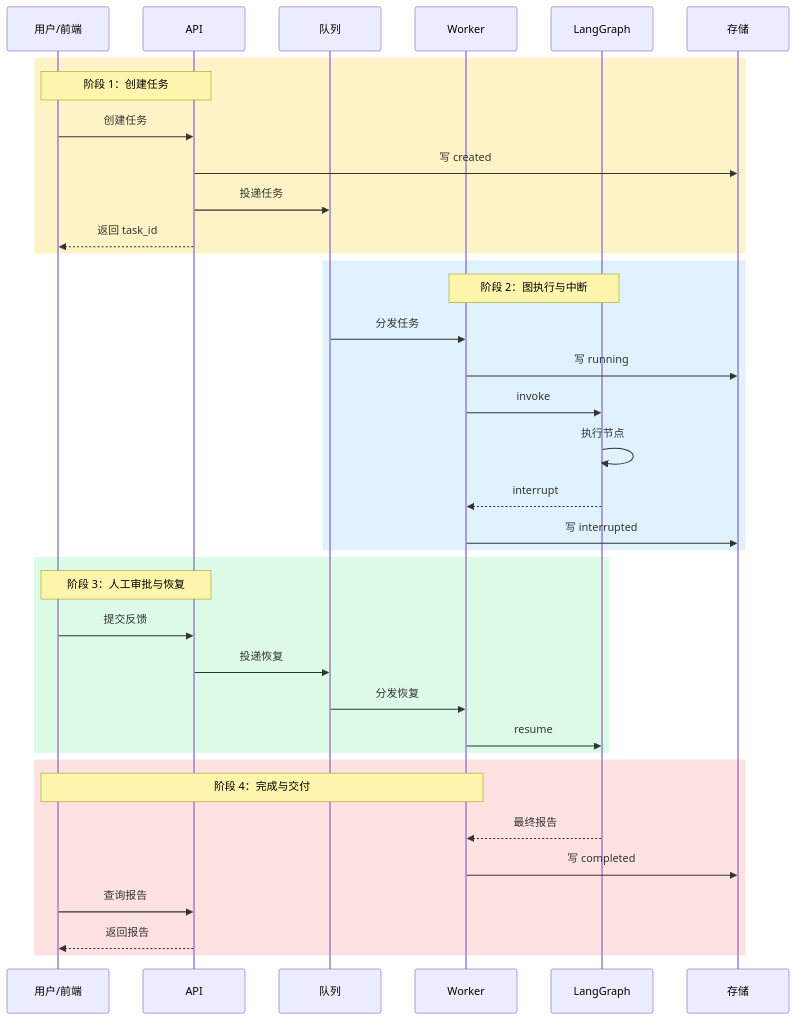
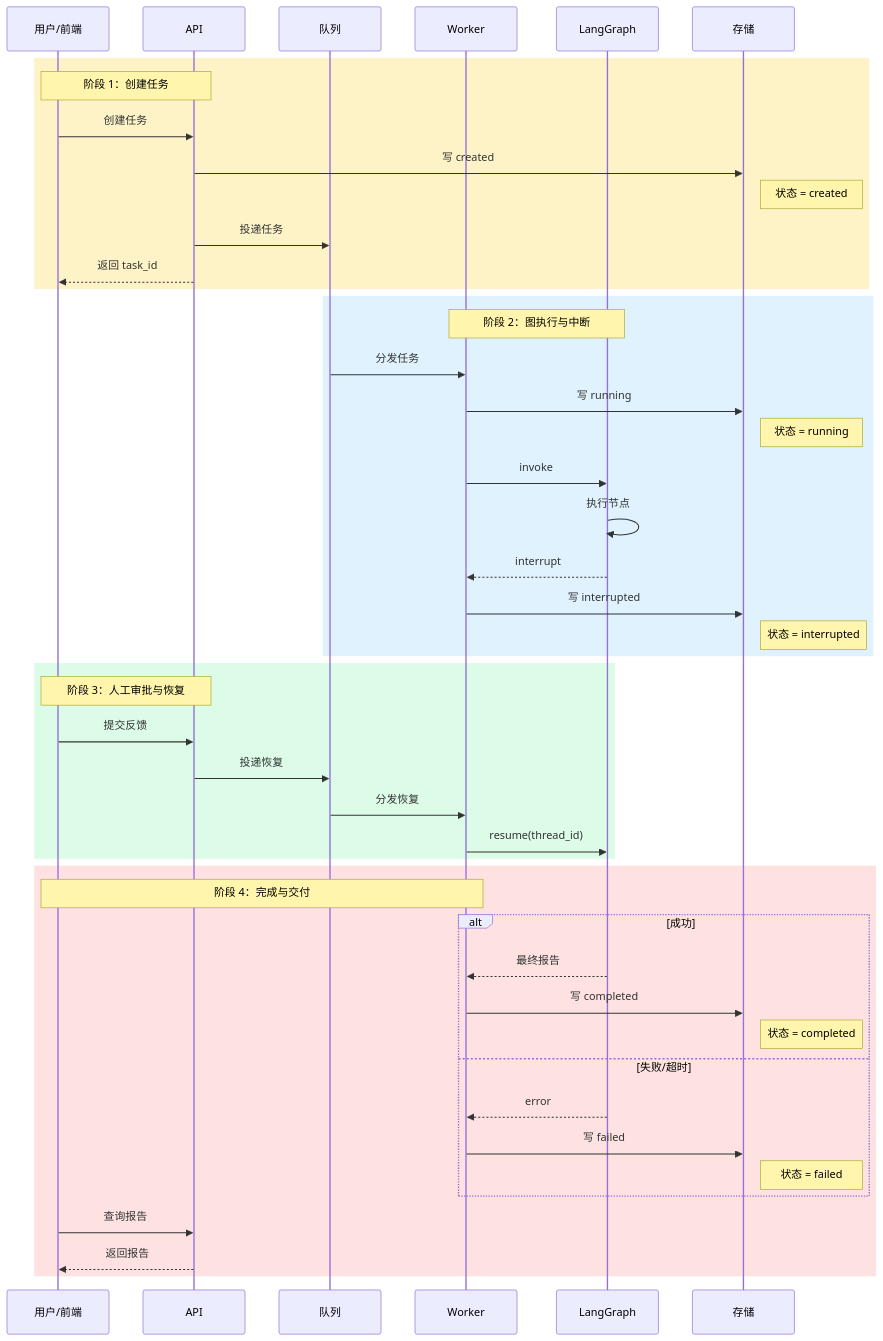
The eighth of 13 diagrams in ai-agent学习/06.LangGraph入门/16.LangGraph业务落地项目架构.md (sealzrt/2026-08--agent), drawn with Mermaid before and after one commit. The commit also changed other lines of this file and 95 other files, not shown here.

````diff
--- a/ai-agent学习/06.LangGraph入门/16.LangGraph业务落地项目架构.md
+++ b/ai-agent学习/06.LangGraph入门/16.LangGraph业务落地项目架构.md
@@ -294,43 +327,53 @@
 ```mermaid
 sequenceDiagram
     participant U as 用户/前端
     participant A as API
     participant Q as 队列
     participant W as Worker
     participant G as LangGraph
     participant S as 存储
 
     rect rgb(254, 243, 199)
     Note over U,A: 阶段 1：创建任务
     U->>A: 创建任务
     A->>S: 写 created
+    Note right of S: 状态 = created
     A->>Q: 投递任务
     A-->>U: 返回 task_id
     end
 
     rect rgb(224, 242, 254)
     Note over W,G: 阶段 2：图执行与中断
     Q->>W: 分发任务
     W->>S: 写 running
+    Note right of S: 状态 = running
     W->>G: invoke
     G->>G: 执行节点
     G-->>W: interrupt
     W->>S: 写 interrupted
+    Note right of S: 状态 = interrupted
     end
 
     rect rgb(220, 252, 231)
     Note over U,A: 阶段 3：人工审批与恢复
     U->>A: 提交反馈
     A->>Q: 投递恢复
     Q->>W: 分发恢复
-    W->>G: resume
+    W->>G: resume(thread_id)
     end
 
     rect rgb(254, 226, 226)
     Note over W,U: 阶段 4：完成与交付
-    G-->>W: 最终报告
-    W->>S: 写 completed
+    alt 成功
+        G-->>W: 最终报告
+        W->>S: 写 completed
+        Note right of S: 状态 = completed
+    else 失败/超时
+        G-->>W: error
+        W->>S: 写 failed
+        Note right of S: 状态 = failed
+    end
     U->>A: 查询报告
     A-->>U: 返回报告
     end
 ```
````
